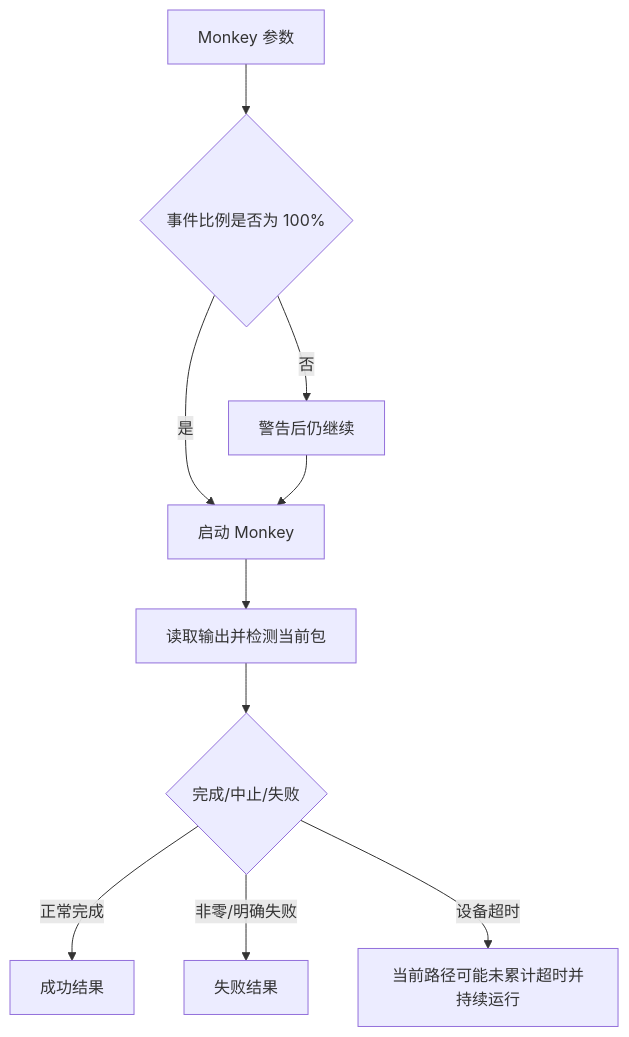
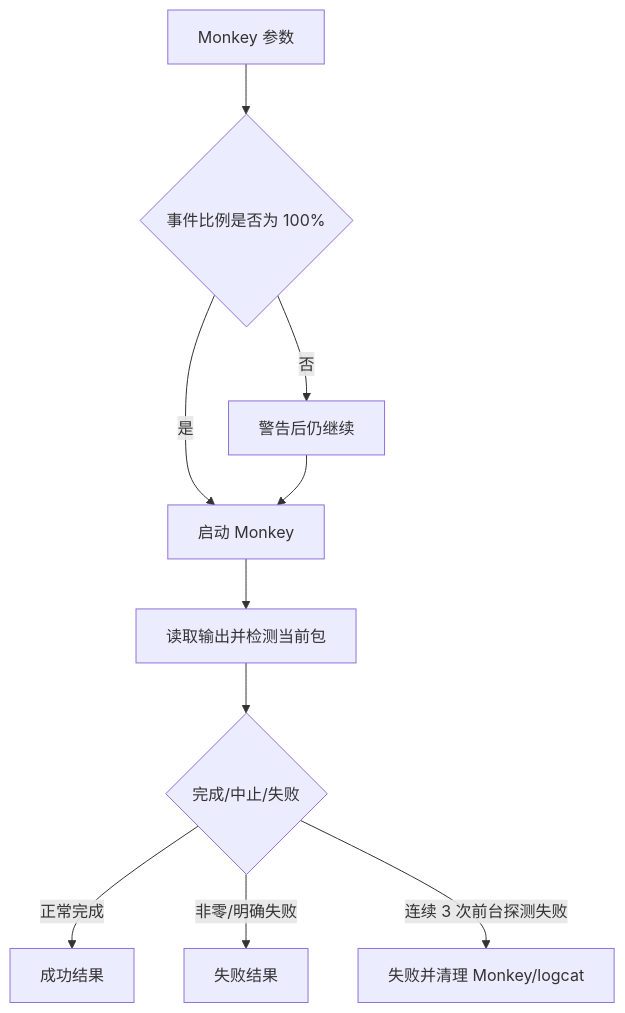
Before and after one commit to BlackHu-art/ADBLab: the third of 5 diagrams in docs/project-knowledge/BUSINESS_FLOW.md, drawn with Mermaid. The commit also changed other lines of this file and 156 other files, not shown here.

````diff
--- a/docs/project-knowledge/BUSINESS_FLOW.md
+++ b/docs/project-knowledge/BUSINESS_FLOW.md
@@ -97,12 +97,12 @@
 ```mermaid
 flowchart TD
     Config["Monkey 参数"] --> Warn{"事件比例是否为 100%"}
     Warn -->|"否"| Continue["警告后仍继续"]
     Warn -->|"是"| Run["启动 Monkey"]
     Continue --> Run
     Run --> Monitor["读取输出并检测当前包"]
     Monitor --> Stop{"完成/中止/失败"}
     Stop -->|"正常完成"| Success["成功结果"]
     Stop -->|"非零/明确失败"| Failure["失败结果"]
-    Stop -->|"设备超时"| Bug["当前路径可能未累计超时并持续运行"]
+    Stop -->|"连续 3 次前台探测失败"| ProbeFail["失败并清理 Monkey/logcat"]
 ```
````
